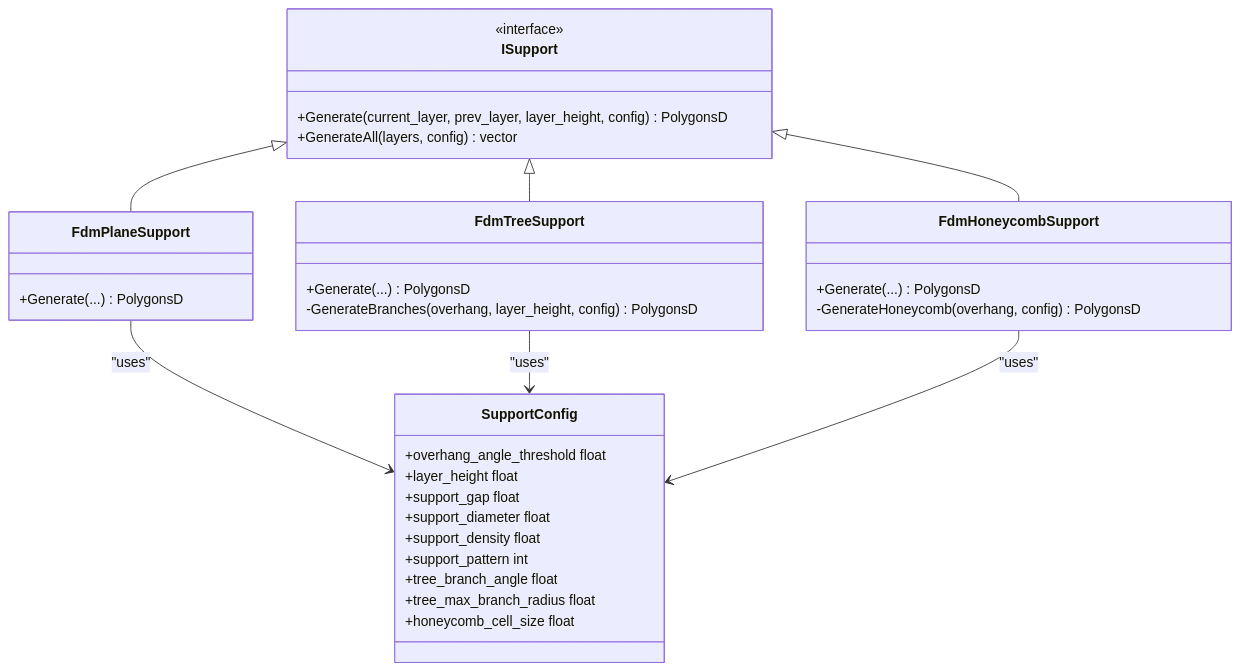
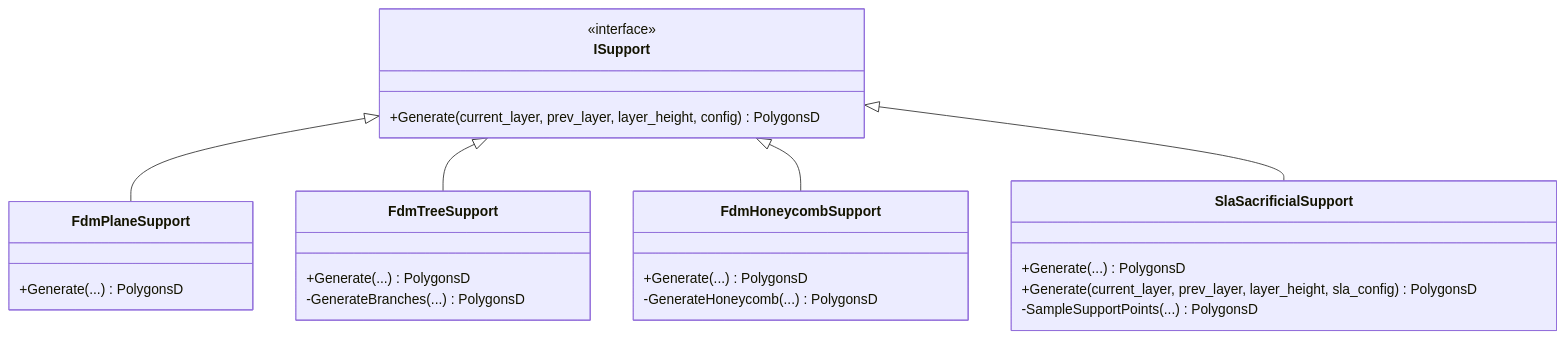
The sixth of 8 diagrams in .qoder/repowiki/en/content/Core Modules/Core Modules.md (hsmbanlance/HsBaSlicer), drawn with Mermaid before and after one commit. The commit also changed other lines of this file and 1095 other files, not shown here.

````diff
--- a/.qoder/repowiki/en/content/Core Modules/Core Modules.md
+++ b/.qoder/repowiki/en/content/Core Modules/Core Modules.md
@@ -453,36 +378,27 @@
 ```mermaid
 classDiagram
 class ISupport {
 <<interface>>
 +Generate(current_layer, prev_layer, layer_height, config) PolygonsD
-+GenerateAll(layers, config) vector<PolygonsD>
 }
 class FdmPlaneSupport {
 +Generate(...) PolygonsD
 }
 class FdmTreeSupport {
 +Generate(...) PolygonsD
--GenerateBranches(overhang, layer_height, config) PolygonsD
+-GenerateBranches(...) PolygonsD
 }
 class FdmHoneycombSupport {
 +Generate(...) PolygonsD
--GenerateHoneycomb(overhang, config) PolygonsD
+-GenerateHoneycomb(...) PolygonsD
 }
-class SupportConfig {
-+overhang_angle_threshold float
-+layer_height float
-+support_gap float
-+support_diameter float
-+support_density float
-+support_pattern int
-+tree_branch_angle float
-+tree_max_branch_radius float
-+honeycomb_cell_size float
+class SlaSacrificialSupport {
++Generate(...) PolygonsD
++Generate(current_layer, prev_layer, layer_height, sla_config) PolygonsD
+-SampleSupportPoints(...) PolygonsD
 }
 ISupport <|-- FdmPlaneSupport
 ISupport <|-- FdmTreeSupport
 ISupport <|-- FdmHoneycombSupport
-FdmPlaneSupport --> SupportConfig : "uses"
-FdmTreeSupport --> SupportConfig : "uses"
-FdmHoneycombSupport --> SupportConfig : "uses"
+ISupport <|-- SlaSacrificialSupport
 ```
````
